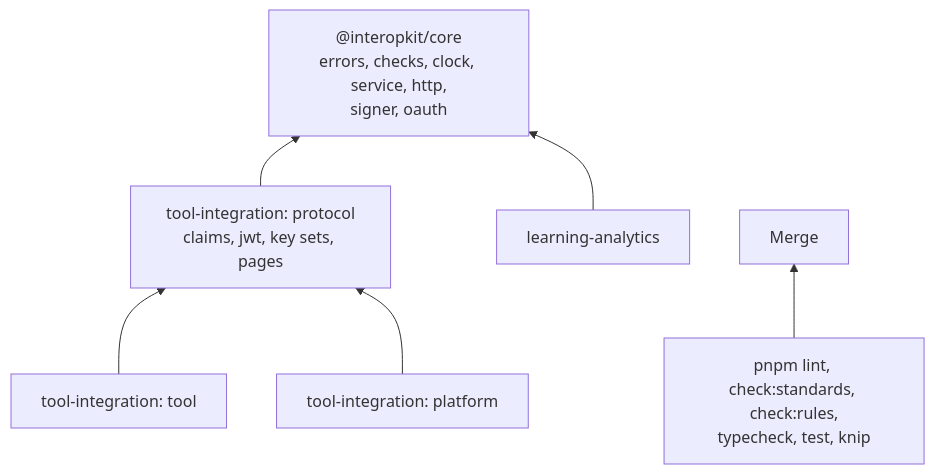
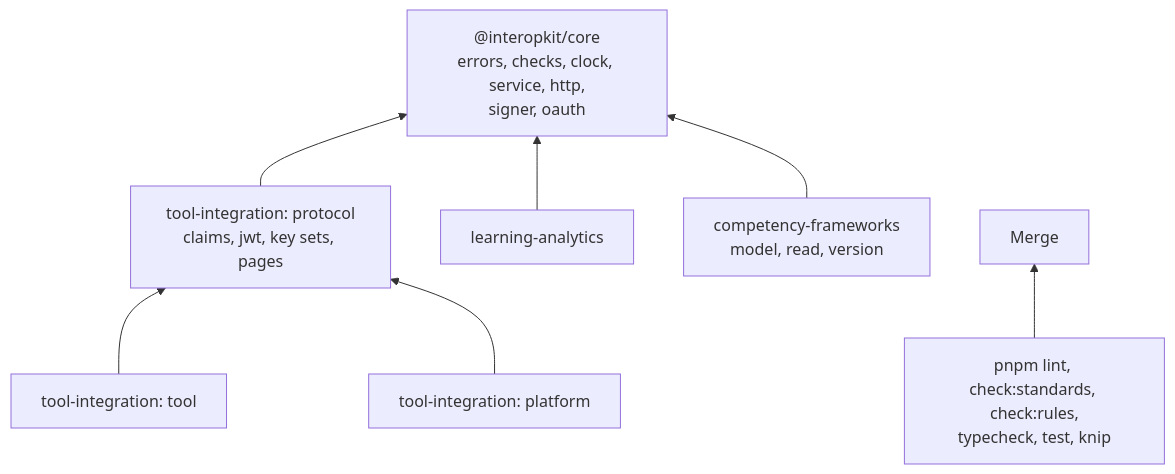
One commit to interopkit/interopkit changed the diagram in AGENTS.md. Above: the diagram before and after it, drawn with Mermaid. The commit also changed other lines of this file and 80 other files, not shown here.

First line of the commit message:
Add competency-frameworks: the CASE model, readers, validators and the conversion to 1.0

````diff
--- a/AGENTS.md
+++ b/AGENTS.md
@@ -11,13 +12,15 @@
 ```mermaid
 flowchart BT
   core["@interopkit/core<br/>errors, checks, clock, service, http,<br/>signer, oauth"]
   proto["tool-integration: protocol<br/>claims, jwt, key sets, pages"]
   tool["tool-integration: tool"]
   plat["tool-integration: platform"]
   la["learning-analytics"]
+  cf["competency-frameworks<br/>model, read, version"]
   proto --> core
   tool --> proto
   plat --> proto
   la --> core
+  cf --> core
   gates["pnpm lint, check:standards, check:rules,<br/>typecheck, test, knip"] --> merge["Merge"]
 ```
````
